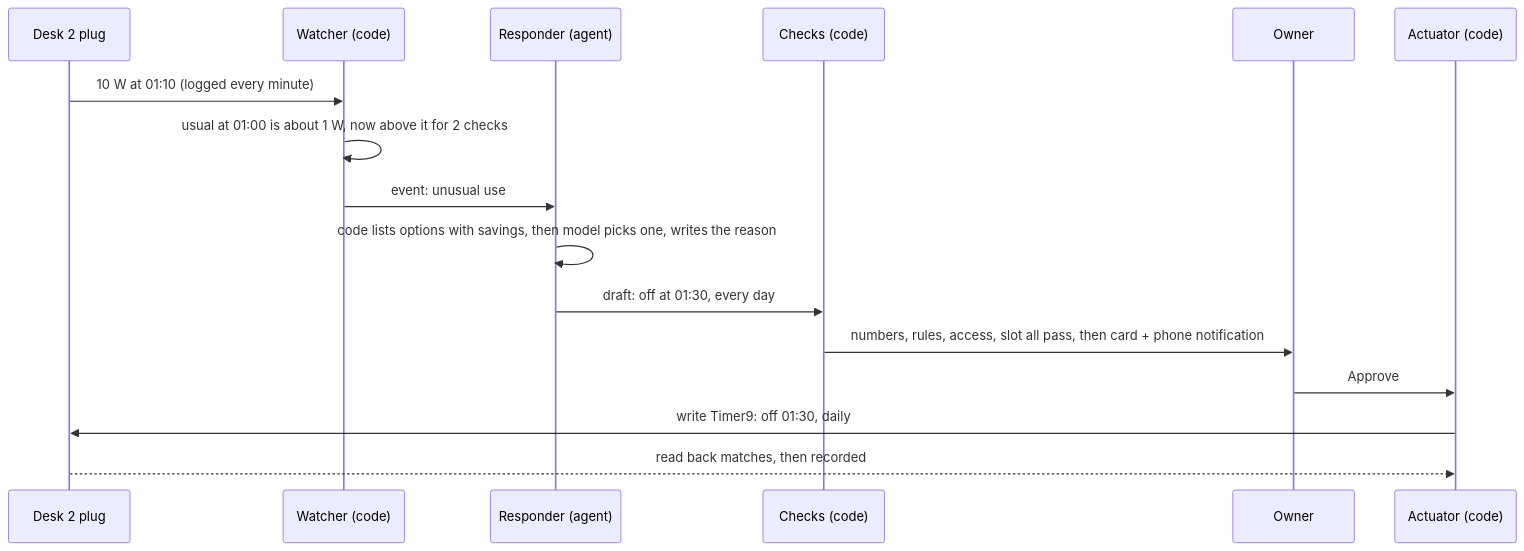
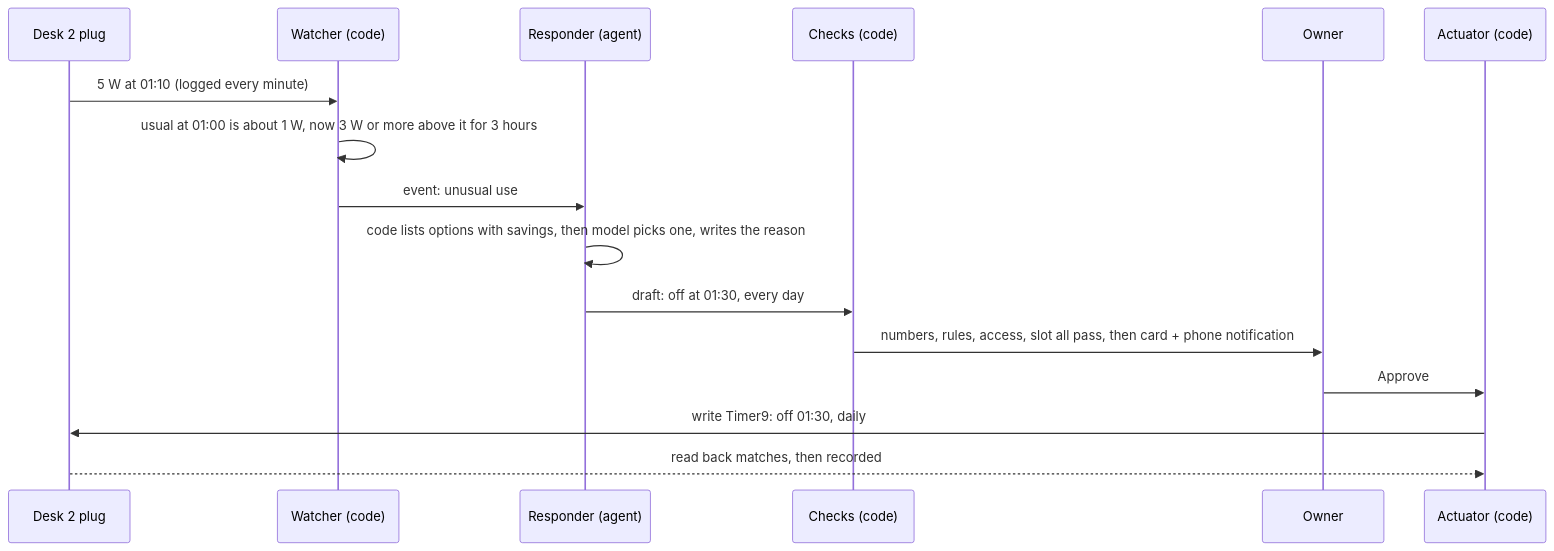
The second of 4 diagrams in docs/design.md (PaSathees/agentc-edge), drawn with Mermaid before and after one commit. The commit also changed other lines of this file and 12 other files, not shown here.

````diff
--- a/docs/design.md
+++ b/docs/design.md
@@ -35,18 +35,18 @@
 ```mermaid
 sequenceDiagram
   participant P as Desk 2 plug
   participant W as Watcher (code)
   participant R as Responder (agent)
   participant C as Checks (code)
   participant O as Owner
   participant A as Actuator (code)
-  P->>W: 10 W at 01:10 (logged every minute)
-  W->>W: usual at 01:00 is about 1 W, now above it for 2 checks
+  P->>W: 5 W at 01:10 (logged every minute)
+  W->>W: usual at 01:00 is about 1 W, now 3 W or more above it for 3 hours
   W->>R: event: unusual use
   R->>R: code lists options with savings, then model picks one, writes the reason
   R->>C: draft: off at 01:30, every day
   C->>O: numbers, rules, access, slot all pass, then card + phone notification
   O->>A: Approve
   A->>P: write Timer9: off 01:30, daily
   P-->>A: read back matches, then recorded
 ```
````
